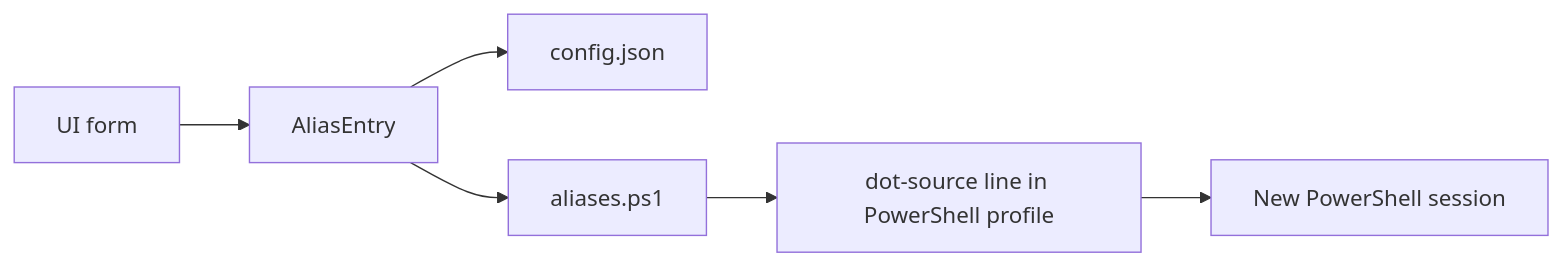
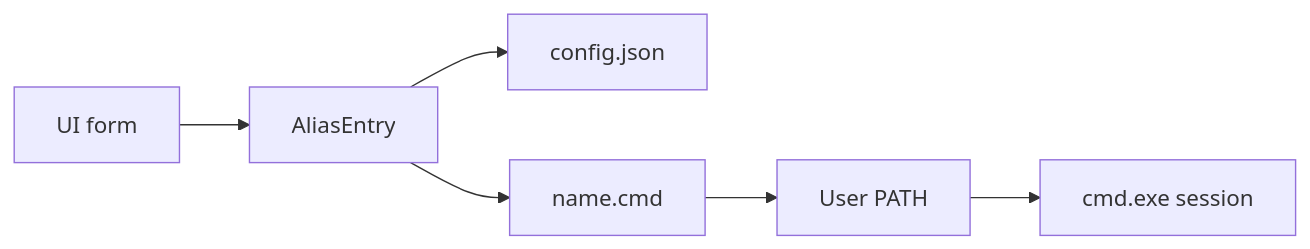
Before and after one commit to hannesgnann-hub/easyalias: the second of 7 diagrams in windows_src/docs/ARCHITECTURE.md, drawn with Mermaid. The commit also changed other lines of this file and 5 other files, not shown here.

````diff
--- a/windows_src/docs/ARCHITECTURE.md
+++ b/windows_src/docs/ARCHITECTURE.md
@@ -51,15 +53,15 @@
 ```mermaid
 flowchart LR
   Form["UI form"]
   Entry["AliasEntry"]
   Config["config.json"]
-  Generated["aliases.ps1"]
-  Source["dot-source line in PowerShell profile"]
-  Terminal["New PowerShell session"]
+  CmdFile["name.cmd"]
+  Path["User PATH"]
+  Terminal["cmd.exe session"]
 
   Form --> Entry
   Entry --> Config
-  Entry --> Generated
-  Generated --> Source
-  Source --> Terminal
+  Entry --> CmdFile
+  CmdFile --> Path
+  Path --> Terminal
 ```
````
